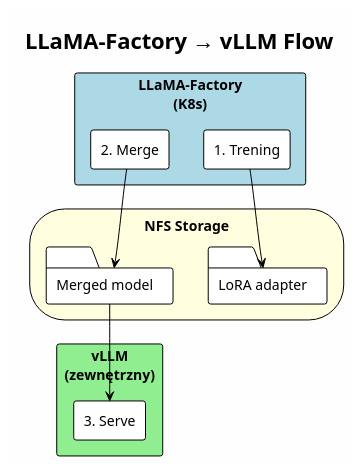
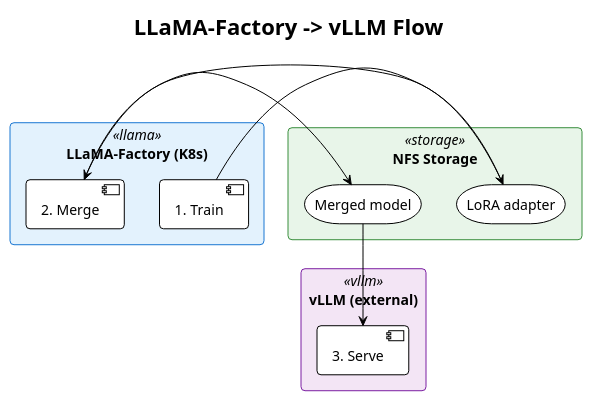
The diagram in new/infra-simple/docs/diagrams/llama-vllm-flow.puml (Maciek-roboblog/t), drawn with PlantUML before and after one commit. The commit also changed 29 other files, not shown here.

```diff
--- a/new/infra-simple/docs/diagrams/llama-vllm-flow.puml
+++ b/new/infra-simple/docs/diagrams/llama-vllm-flow.puml
@@ -1,25 +1,38 @@
 @startuml llama-vllm-flow
 !theme plain
-skinparam backgroundColor #FEFEFE
+skinparam backgroundColor white
+skinparam defaultFontName Helvetica
+skinparam shadowing false
+skinparam roundCorner 8
 
-title LLaMA-Factory → vLLM Flow
-
-rectangle "LLaMA-Factory\n(K8s)" as llama #LightBlue {
-    rectangle "1. Trening" as train
-    rectangle "2. Merge" as merge
+skinparam rectangle {
+    BackgroundColor<<llama>> #E3F2FD
+    BorderColor<<llama>> #1976D2
+    BackgroundColor<<storage>> #E8F5E9
+    BorderColor<<storage>> #388E3C
+    BackgroundColor<<vllm>> #F3E5F5
+    BorderColor<<vllm>> #7B1FA2
 }
 
-storage "NFS Storage" as nfs #LightYellow {
-    folder "LoRA adapter" as lora
-    folder "Merged model" as merged
+title LLaMA-Factory -> vLLM Flow
+
+rectangle "LLaMA-Factory (K8s)" <<llama>> {
+    component "1. Train" as train
+    component "2. Merge" as merge
 }
 
-rectangle "vLLM\n(zewnętrzny)" as vllm #LightGreen {
-    rectangle "3. Serve" as serve
+rectangle "NFS Storage" <<storage>> {
+    storage "LoRA adapter" as lora
+    storage "Merged model" as merged
 }
 
-train --> lora
-merge --> merged
-merged --> serve
+rectangle "vLLM (external)" <<vllm>> {
+    component "3. Serve" as serve
+}
+
+train -right-> lora
+lora -down-> merge
+merge -right-> merged
+merged -down-> serve
 
 @enduml
```
